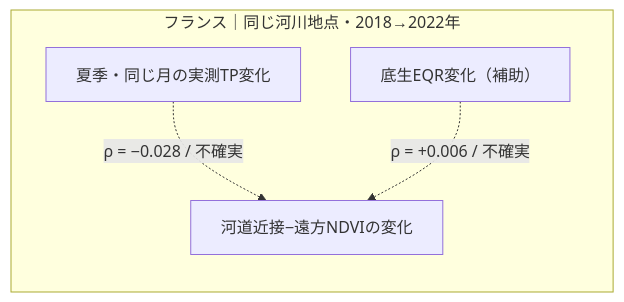
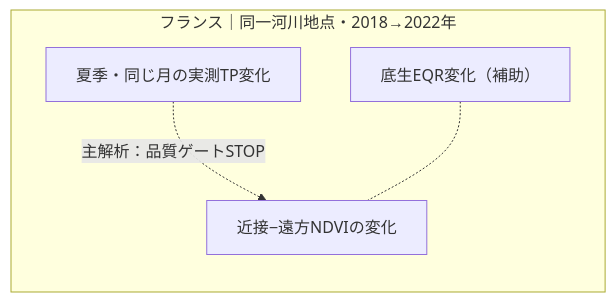
One commit to zuizui0223/gesui changed the second of 3 diagrams in docs/manuscript_riparian_interactions/README.md. Above: the diagram before and after it, drawn with Mermaid. The commit also changed other lines of this file, not shown here.

````diff
--- a/docs/manuscript_riparian_interactions/README.md
+++ b/docs/manuscript_riparian_interactions/README.md
@@ -42,7 +58,7 @@
 ```mermaid
 flowchart LR
-  subgraph FR122["フランス｜同じ河川地点・2018→2022年"]
-    TP2["夏季・同じ月の実測TP変化"] -.->|"ρ = −0.028 / 不確実"| VEG["河道近接−遠方NDVIの変化"]
-    BE2["底生EQR変化（補助）"] -.->|"ρ = +0.006 / 不確実"| VEG
+  subgraph FRSTOP["フランス｜同一河川地点・2018→2022年"]
+    TP2["夏季・同じ月の実測TP変化"] -.->|"主解析：品質ゲートSTOP"| VEG["近接−遠方NDVIの変化"]
+    BE2["底生EQR変化（補助）"] -.- VEG
   end
 ```
````
